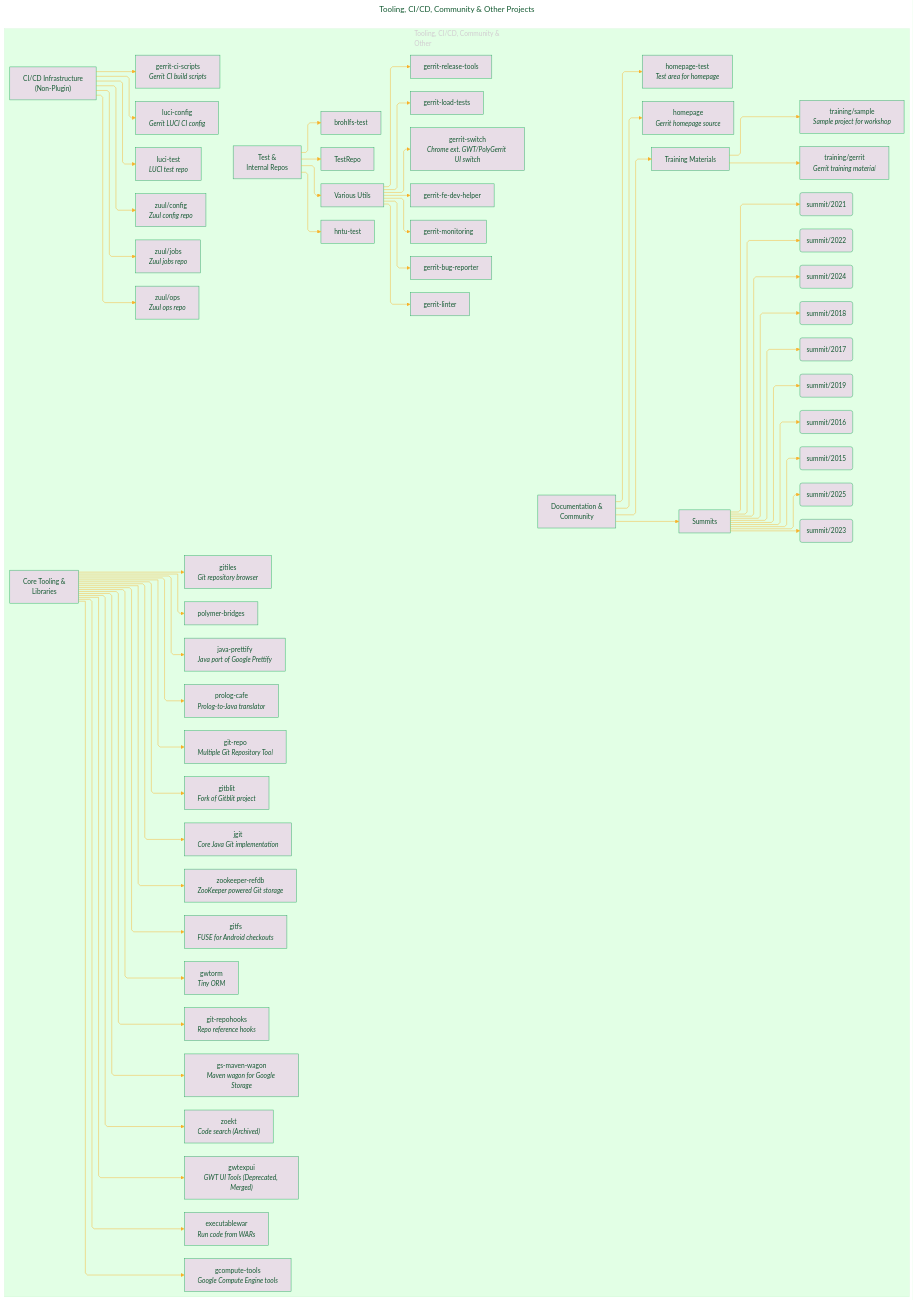
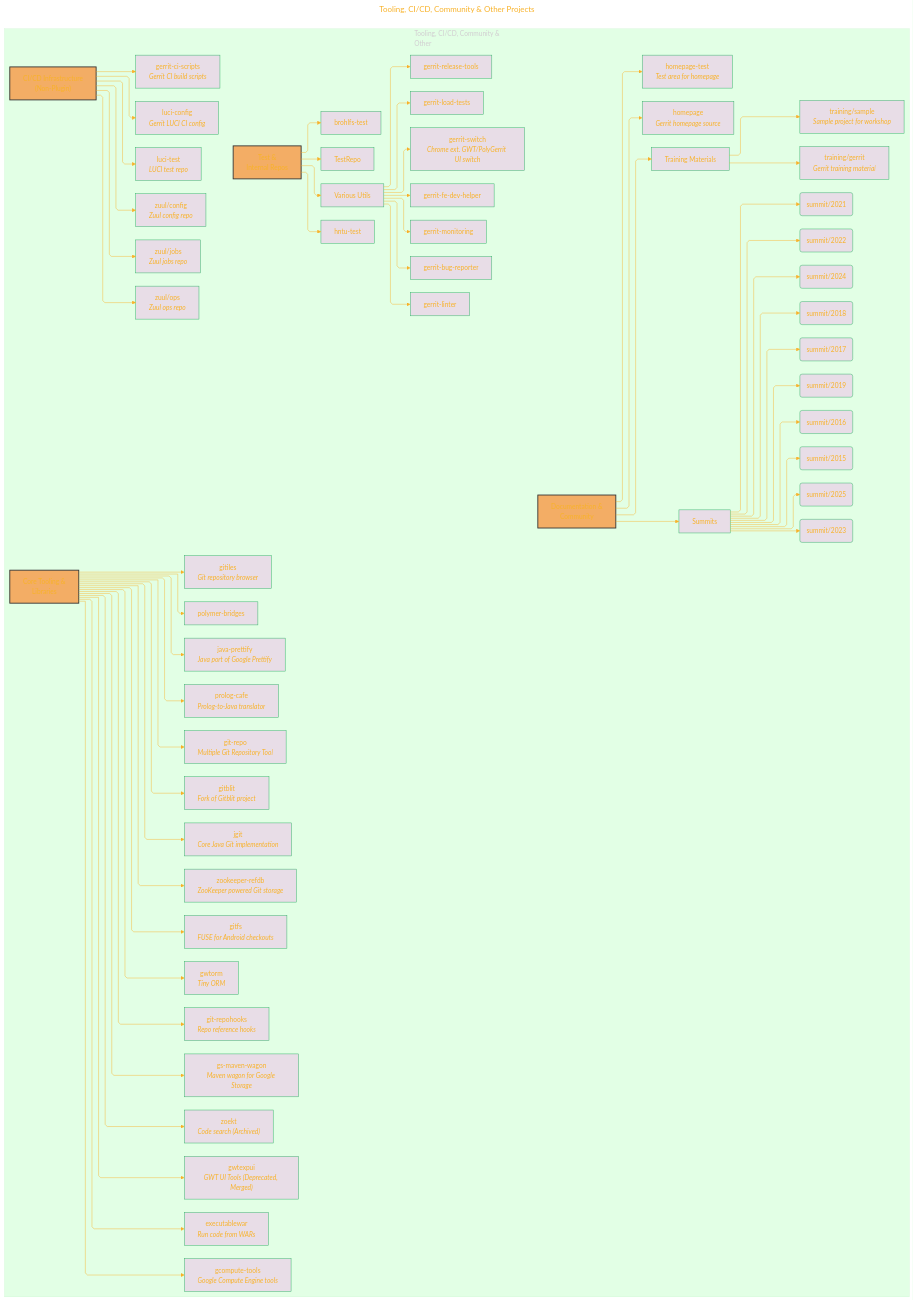
Diagram 12 of 12 in Gerrit_Ecosystem_on_gerrit_googlesource.md (CongLeSolutionX/Chromium_Project), drawn with Mermaid before and after one commit. The commit also changed other lines of this file, not shown here.

```diff
--- a/Gerrit_Ecosystem_on_gerrit_googlesource.md
+++ b/Gerrit_Ecosystem_on_gerrit_googlesource.md
@@ -923,7 +959,7 @@
     'fontFamily': 'Monaco',
     'themeVariables': {
       'primaryColor': '#F5E3',
-      'primaryTextColor': '#145A32',
+      'primaryTextColor': '#F8B229',
       'lineColor': '#F8B229',
       'primaryBorderColor': '#27AE60',
       'secondaryColor': '#EBDEF0',
@@ -937,6 +973,7 @@
     subgraph OtherProjects["Tooling, CI/CD, Community &<br/> Other"]
     direction LR
         ToolingLib["Core Tooling &<br/> Libraries"]
+        style ToolingLib fill:#F719,stroke:#333,stroke-width:2px
             ToolingLib --> TL_ExecWar["executablewar<br/><i>Run code from WARs</i>"]
              click TL_ExecWar href "https://gerrit.googlesource.com/executablewar" "executablewar"
             ToolingLib --> TL_GCE["gcompute-tools<br/><i>Google Compute Engine tools</i>"]
@@ -971,6 +1008,7 @@
              click TL_GwtExpUI href "https://gerrit.googlesource.com/gwtexpui" "gwtexpui"
 
         CICDInfra["CI/CD Infrastructure<br/>(Non-Plugin)"]
+        style CICDInfra fill:#F719,stroke:#333,stroke-width:2px
         direction LR
             CICDInfra --> CI_Scripts["gerrit-ci-scripts<br/><i>Gerrit CI build scripts</i>"]
              click CI_Scripts href "https://gerrit.googlesource.com/gerrit-ci-scripts" "gerrit-ci-scripts"
@@ -986,6 +1024,7 @@
              click CI_ZuulOps href "https://gerrit.googlesource.com/zuul/ops" "zuul/ops"
 
         DocsCommunity["Documentation &<br/> Community"]
+        style DocsCommunity fill:#F719,stroke:#333,stroke-width:2px
         direction LR
             DocsCommunity --> DC_Homepage["homepage<br/><i>Gerrit homepage source</i>"]
              click DC_Homepage href "https://gerrit.googlesource.com/homepage" "homepage"
@@ -1020,6 +1059,7 @@
 
 
         TestInternal["Test &<br/> Internal Repos"]
+        style TestInternal fill:#F719,stroke:#333,stroke-width:2px
         direction LR
             TestInternal --> TI_Brohlfs["brohlfs-test"]
              click TI_Brohlfs href "https://gerrit.googlesource.com/brohlfs-test" "brohlfs-test"
```
